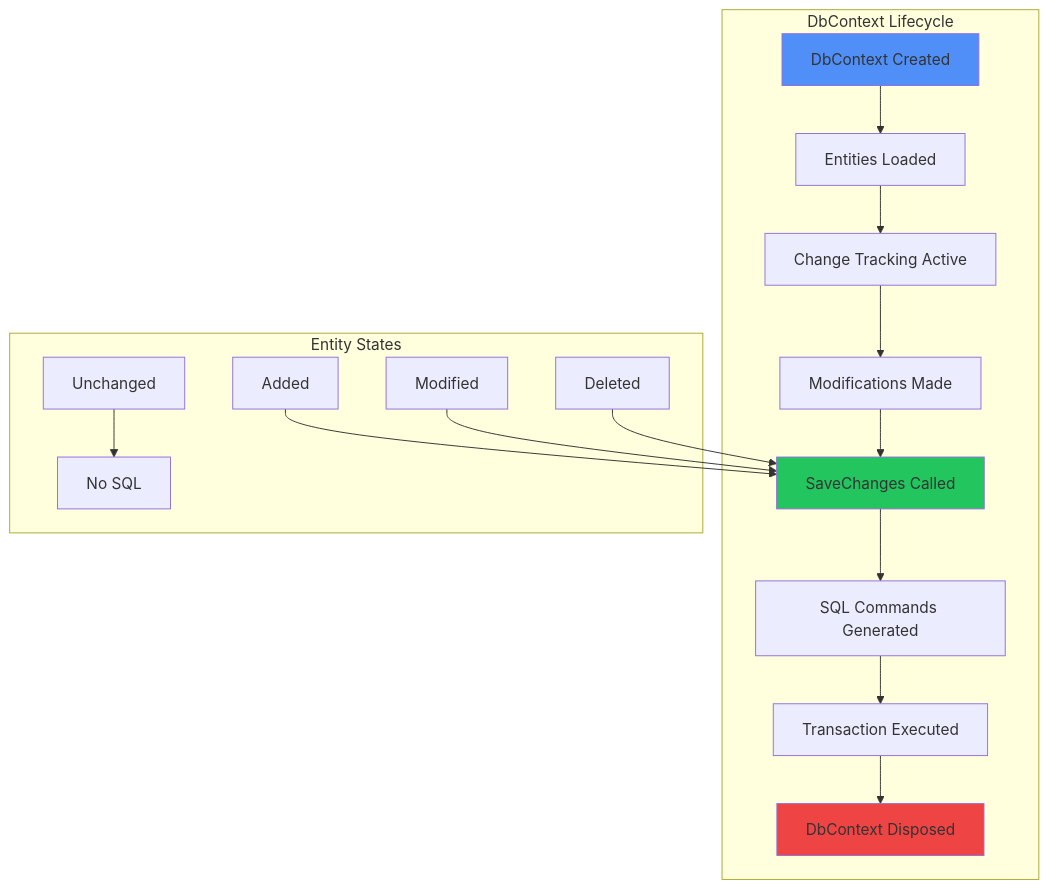
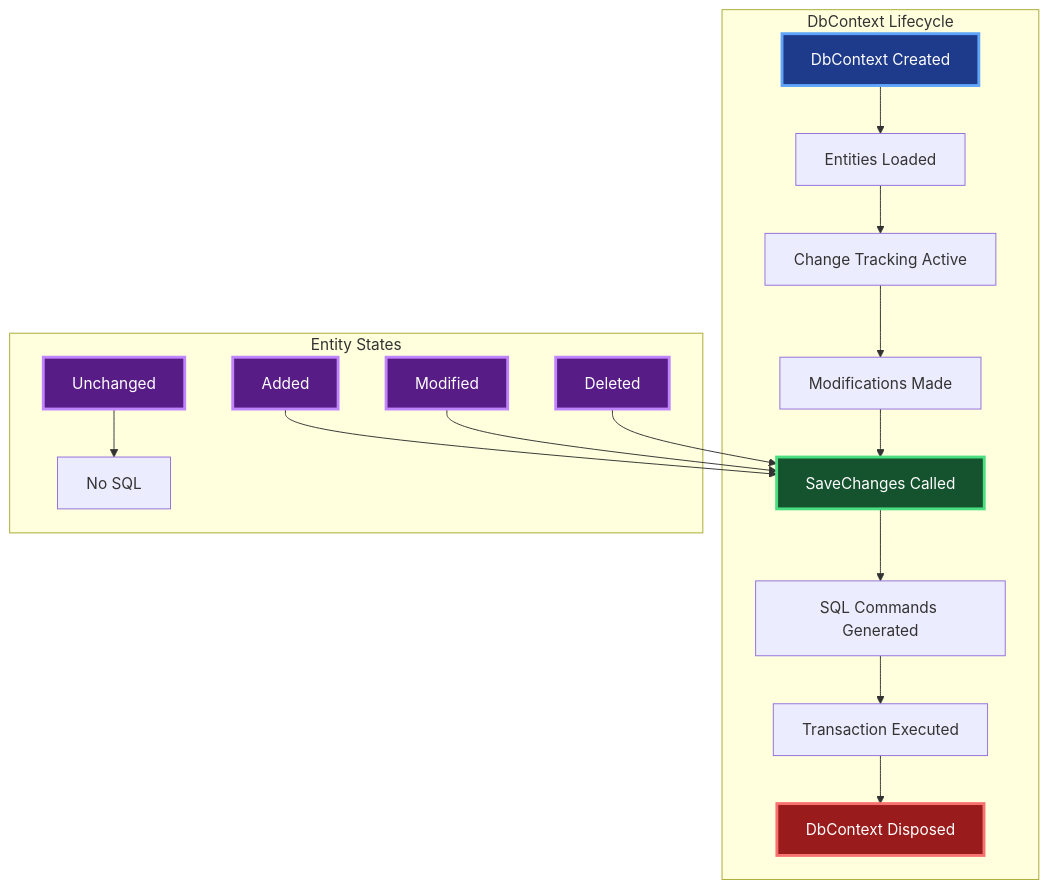
One commit to mleppedev/aio changed the diagram in docs/tablas/entity-framework.md. Above: the diagram before and after it, drawn with Mermaid. The commit also changed 16 other files, not shown here.

````diff
--- a/docs/tablas/entity-framework.md
+++ b/docs/tablas/entity-framework.md
@@ -150,23 +150,29 @@
 ```mermaid
 graph TB
     subgraph "DbContext Lifecycle"
         A[DbContext Created] --> B[Entities Loaded]
         B --> C[Change Tracking Active]
         C --> D[Modifications Made]
         D --> E[SaveChanges Called]
         E --> F[SQL Commands Generated]
         F --> G[Transaction Executed]
         G --> H[DbContext Disposed]
     end
 
     subgraph "Entity States"
         I[Added] --> E
         J[Modified] --> E
         K[Deleted] --> E
         L[Unchanged] --> M[No SQL]
     end
 
-    style A fill:#4f8ff7
-    style E fill:#22c55e
-    style H fill:#ef4444
+    classDef lifecycle fill:#1e3a8a,stroke:#60a5fa,stroke-width:3px,color:#ffffff
+    classDef savepoint fill:#14532d,stroke:#4ade80,stroke-width:3px,color:#ffffff
+    classDef disposal fill:#991b1b,stroke:#f87171,stroke-width:3px,color:#ffffff
+    classDef entityState fill:#581c87,stroke:#c084fc,stroke-width:3px,color:#ffffff
+    
+    class A lifecycle
+    class E savepoint
+    class H disposal
+    class I,J,K,L entityState
 ```
````
